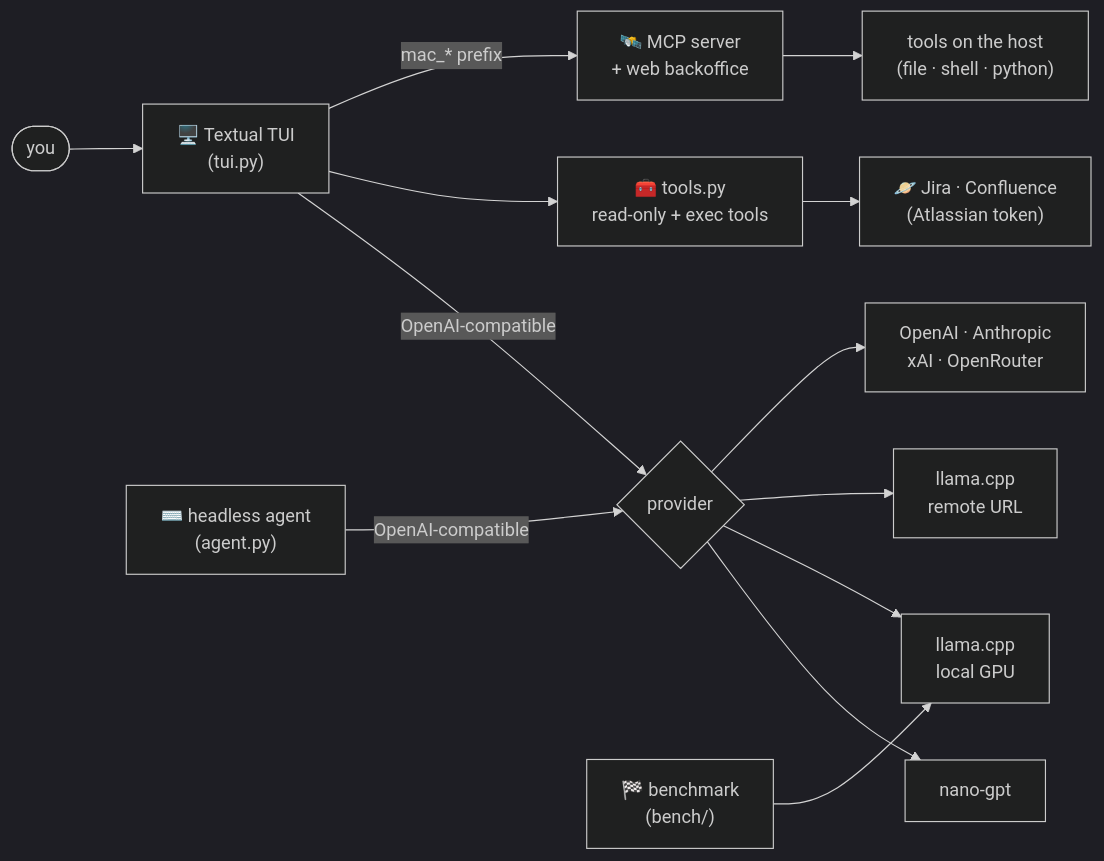
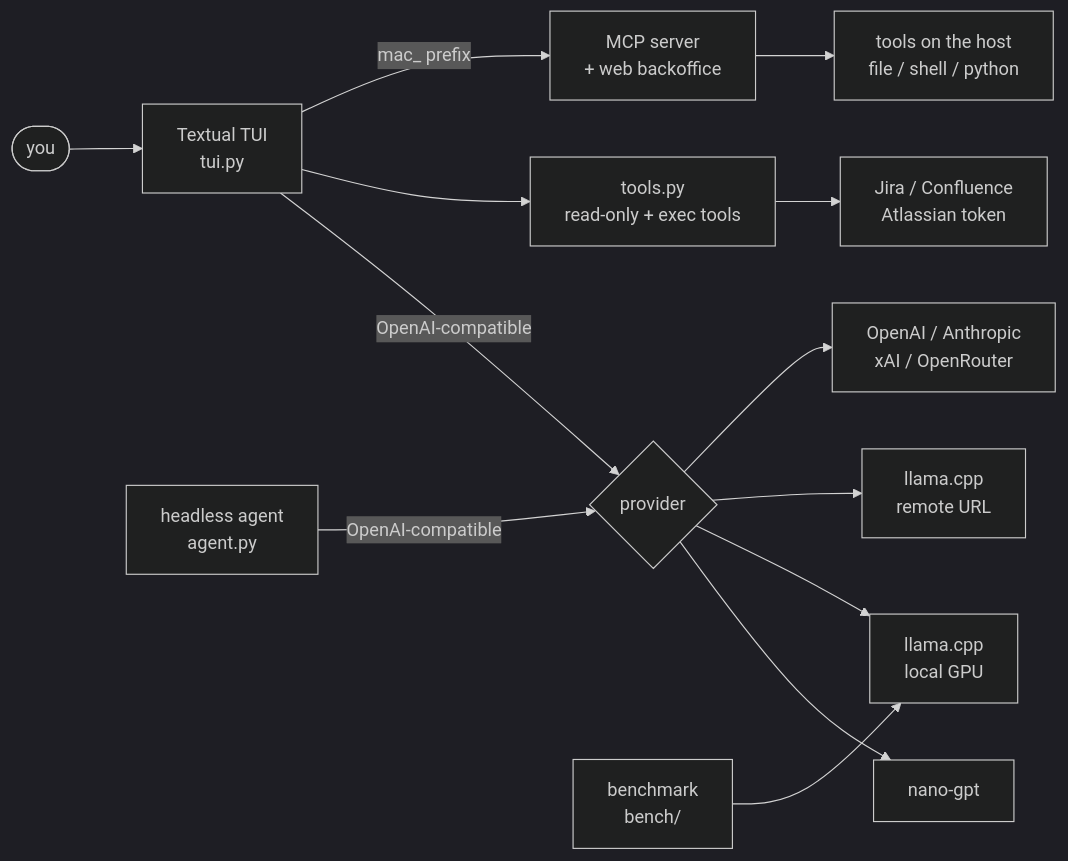
One commit to ajaniramon/raiko-toolkit changed the diagram in README.md. Above: the diagram before and after it, drawn with Mermaid (dark theme). The commit also changed other lines of this file and 5 other files, not shown here.

First line of the commit message:
Landing page (GitHub Pages) + fix README mermaid diagram

````diff
--- a/README.md
+++ b/README.md
@@ -43,16 +43,16 @@
 ```mermaid
 flowchart LR
-  you([you]) --> tui["🖥️ Textual TUI<br/>(tui.py)"]
-  cli["⌨️ headless agent<br/>(agent.py)"]
+  you([you]) --> tui["Textual TUI<br>tui.py"]
+  cli["headless agent<br>agent.py"]
   tui -->|OpenAI-compatible| P{provider}
   cli -->|OpenAI-compatible| P
   P --> nano[nano-gpt]
-  P --> local["llama.cpp<br/>local GPU"]
-  P --> remote["llama.cpp<br/>remote URL"]
-  P --> cloud["OpenAI · Anthropic<br/>xAI · OpenRouter"]
-  tui --> T["🧰 tools.py<br/>read-only + exec tools"]
-  T --> A["🪐 Jira · Confluence<br/>(Atlassian token)"]
-  tui -->|mac_* prefix| M["🛰️ MCP server<br/>+ web backoffice"]
-  M --> T2["tools on the host<br/>(file · shell · python)"]
-  B["🏁 benchmark<br/>(bench/)"] --> local
+  P --> local["llama.cpp<br>local GPU"]
+  P --> remote["llama.cpp<br>remote URL"]
+  P --> cloud["OpenAI / Anthropic<br>xAI / OpenRouter"]
+  tui --> T["tools.py<br>read-only + exec tools"]
+  T --> A["Jira / Confluence<br>Atlassian token"]
+  tui -->|"mac_ prefix"| M["MCP server<br>+ web backoffice"]
+  M --> T2["tools on the host<br>file / shell / python"]
+  B["benchmark<br>bench/"] --> local
 ```
````
